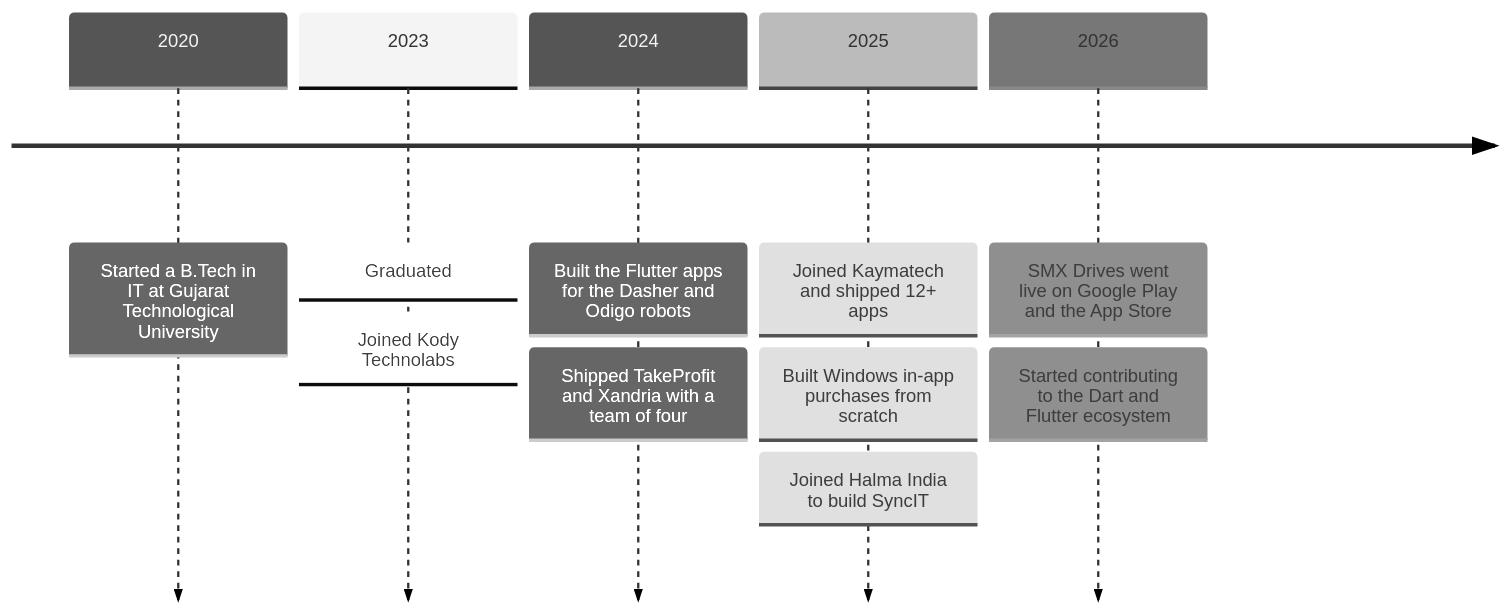
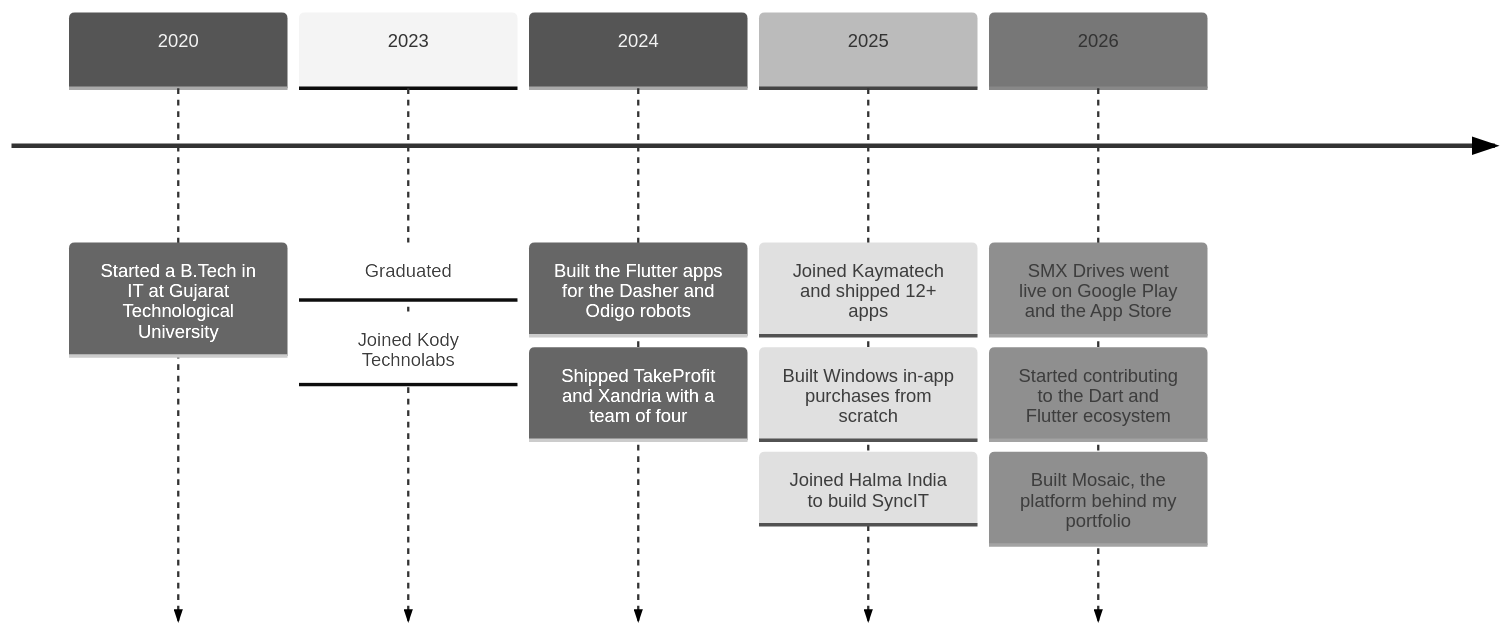
Before and after one commit to uveshm003/uveshm003: the diagram in README.md, drawn with Mermaid (neutral theme). The commit also changed other lines of this file, not shown here.

Commit message:
Add Mosaic, Anchor and Unreel, and refresh open source

````diff
--- a/README.md
+++ b/README.md
@@ -121,8 +124,8 @@
 ```mermaid
 timeline
     2020 : Started a B.Tech in IT at Gujarat Technological University
     2023 : Graduated : Joined Kody Technolabs
     2024 : Built the Flutter apps for the Dasher and Odigo robots : Shipped TakeProfit and Xandria with a team of four
     2025 : Joined Kaymatech and shipped 12+ apps : Built Windows in-app purchases from scratch : Joined Halma India to build SyncIT
-    2026 : SMX Drives went live on Google Play and the App Store : Started contributing to the Dart and Flutter ecosystem
+    2026 : SMX Drives went live on Google Play and the App Store : Started contributing to the Dart and Flutter ecosystem : Built Mosaic, the platform behind my portfolio
 ```
````
